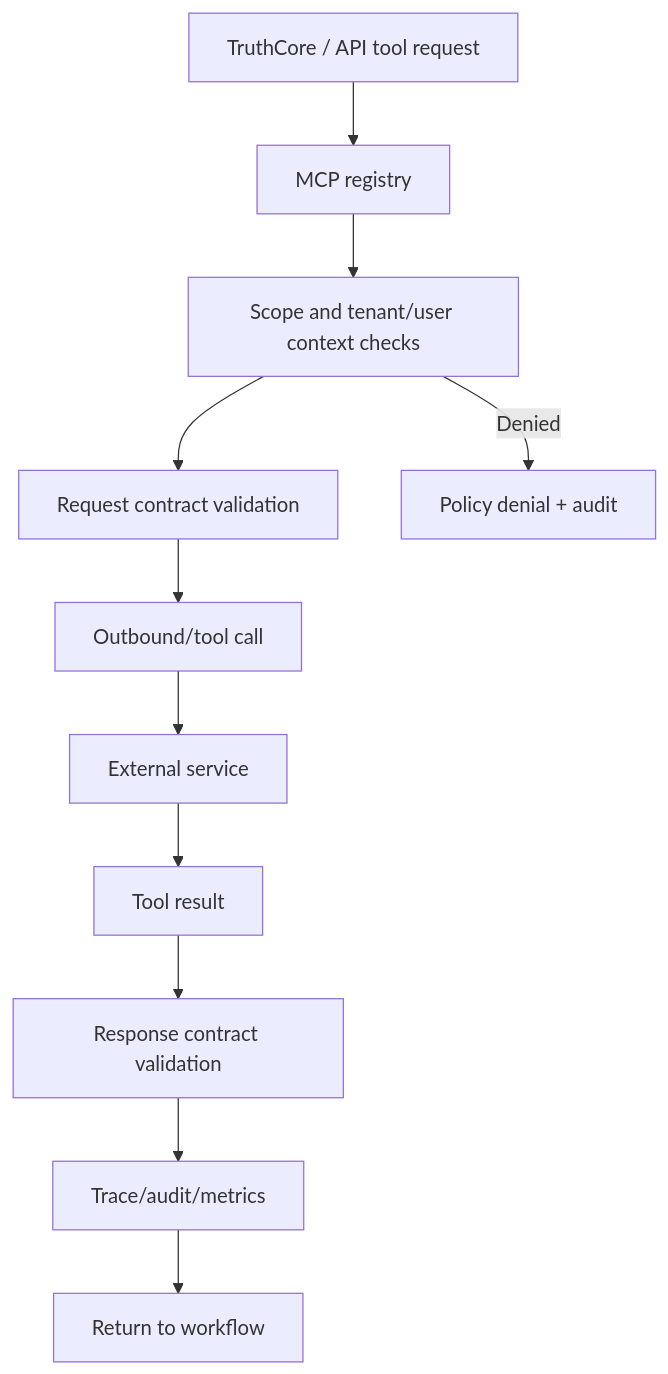
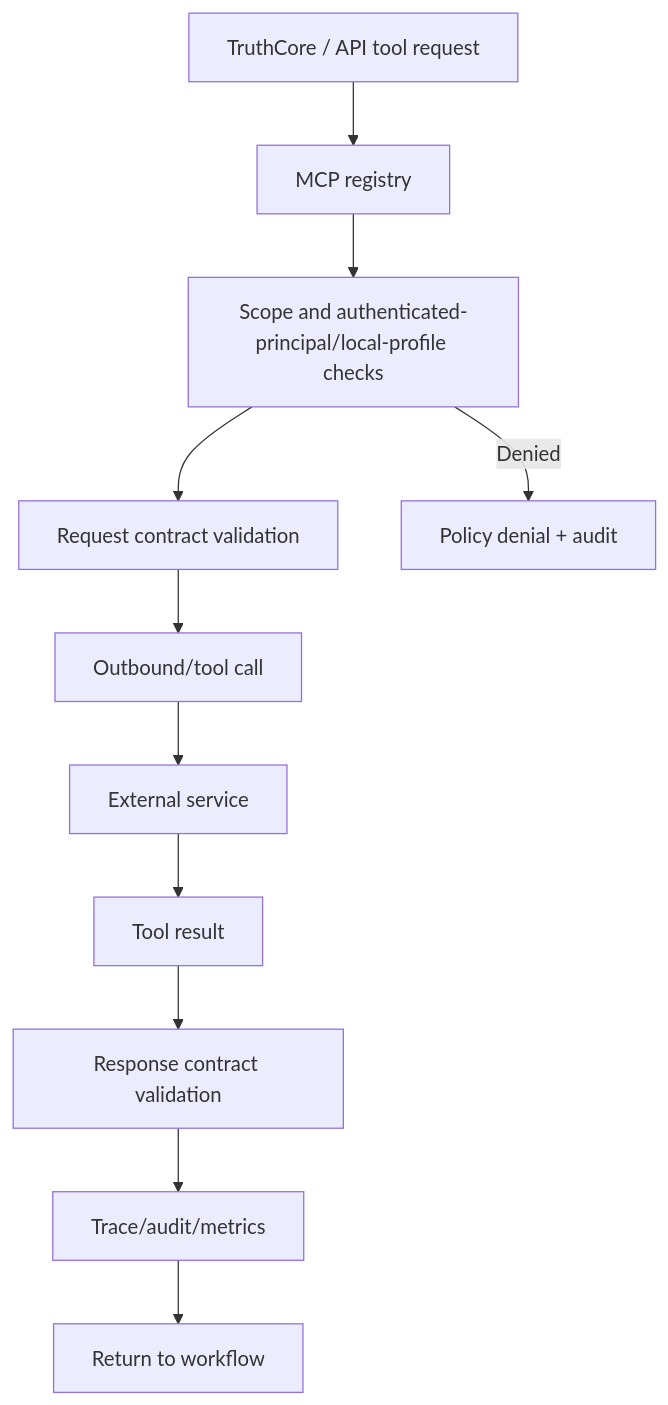
Before and after one commit to kherrera6219/DataLogicEngine: the sixth of 10 diagrams in docs/DATA_FLOW_DIAGRAMS.md, drawn with Mermaid. The commit also changed other lines of this file and 69 other files, not shown here.

````diff
--- a/docs/DATA_FLOW_DIAGRAMS.md
+++ b/docs/DATA_FLOW_DIAGRAMS.md
@@ -186,14 +186,14 @@
 ```mermaid
 flowchart TD
     PLAN[TruthCore / API tool request] --> MCP[MCP registry]
-    MCP --> SCOPE[Scope and tenant/user context checks]
+    MCP --> SCOPE[Scope and authenticated-principal/local-profile checks]
     SCOPE --> VALIDATE[Request contract validation]
     VALIDATE --> OUTBOUND[Outbound/tool call]
     OUTBOUND --> EXT[External service]
     EXT --> RESULT[Tool result]
     RESULT --> CONTRACT[Response contract validation]
     CONTRACT --> TRACE[Trace/audit/metrics]
     TRACE --> RETURN[Return to workflow]
 
     SCOPE -->|Denied| DENY[Policy denial + audit]
 ```
````
